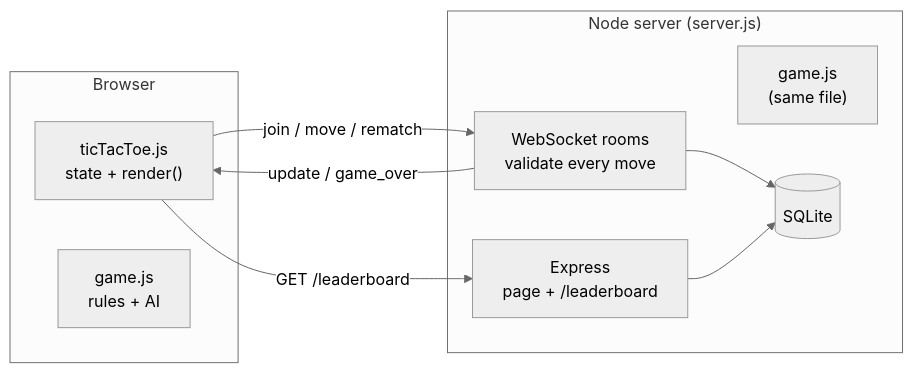
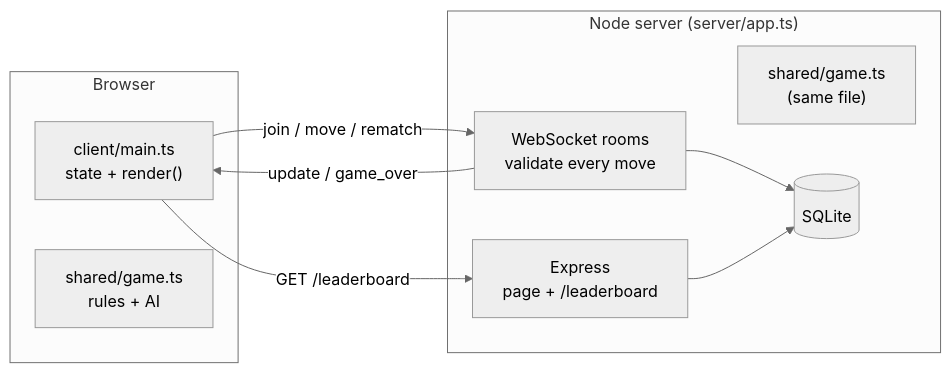
The diagram in README.md (daniel-omari/TicTacToe), drawn with Mermaid (neutral theme) before and after one commit. The commit also changed other lines of this file and 19 other files, not shown here.

Commit message:
refactor: migrate the whole project to TypeScript, with typed messages shared by client and server (v2.1.0)

````diff
--- a/README.md
+++ b/README.md
@@ -73,18 +73,18 @@
 ```mermaid
 flowchart LR
     subgraph Browser
-        UI["ticTacToe.js<br/>state + render()"]
-        Rules1["game.js<br/>rules + AI"]
+        UI["client/main.ts<br/>state + render()"]
+        Rules1["shared/game.ts<br/>rules + AI"]
     end
-    subgraph Server["Node server (server.js)"]
+    subgraph Server["Node server (server/app.ts)"]
         WS["WebSocket rooms<br/>validate every move"]
-        Rules2["game.js<br/>(same file)"]
+        Rules2["shared/game.ts<br/>(same file)"]
         HTTP["Express<br/>page + /leaderboard"]
         DB[("SQLite")]
     end
     UI -- "join / move / rematch" --> WS
     WS -- "update / game_over" --> UI
     UI -- "GET /leaderboard" --> HTTP
     WS --> DB
     HTTP --> DB
 ```
````
